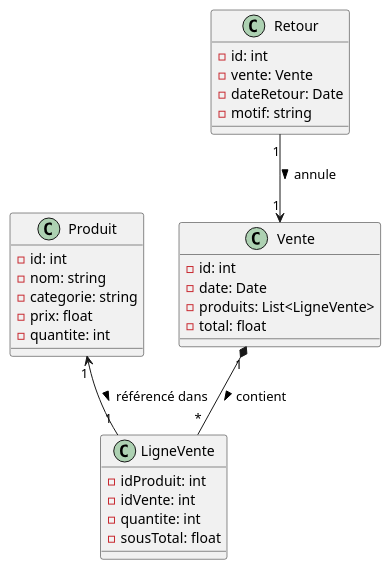
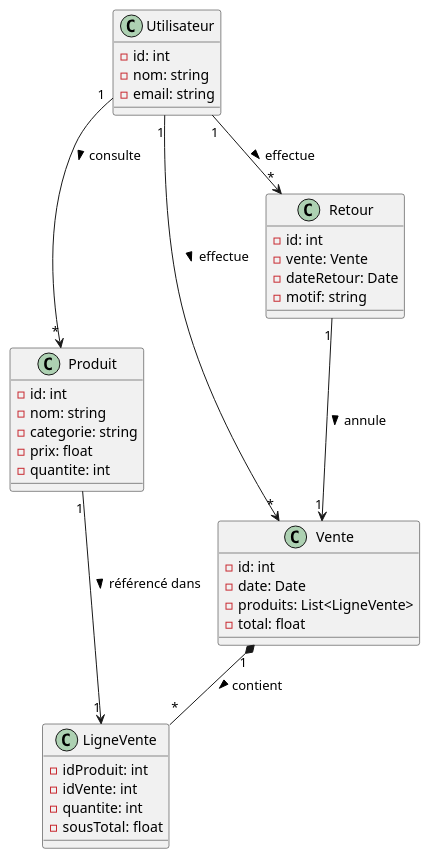
One commit to Anass1707/LOG430-labos changed the diagram in docs/UML/diagrammeClasses.puml. Above: the diagram before and after it, drawn with PlantUML. The commit also changed 1 other file, not shown here.

```diff
--- a/docs/UML/diagrammeClasses.puml
+++ b/docs/UML/diagrammeClasses.puml
@@ -1,37 +1,43 @@
 @startuml DiagrammeClasses
 
+class Utilisateur {
+  - id: int
+  - nom: string
+  - email: string
+}
 class Produit {
   - id: int
   - nom: string
   - categorie: string
   - prix: float
   - quantite: int
 }
 
 class LigneVente {
   - idProduit: int
   - idVente: int
   - quantite: int
   - sousTotal: float
 }
 
 class Vente {
   - id: int
   - date: Date
   - produits: List<LigneVente>
   - total: float
 }
 
 class Retour {
   - id: int
   - vente: Vente
   - dateRetour: Date
   - motif: string
 }
 
-
-Produit "1" <-- "1" LigneVente : référencé dans >
+Produit "1" --> "1" LigneVente : référencé dans >
 Vente "1" *-- "*" LigneVente : contient >
 Retour "1" --> "1" Vente : annule >
-
+Utilisateur "1" --> "*" Vente : effectue >
+Utilisateur "1" --> "*" Retour : effectue >
+Utilisateur "1" --> "*" Produit : consulte >
 @enduml
```
